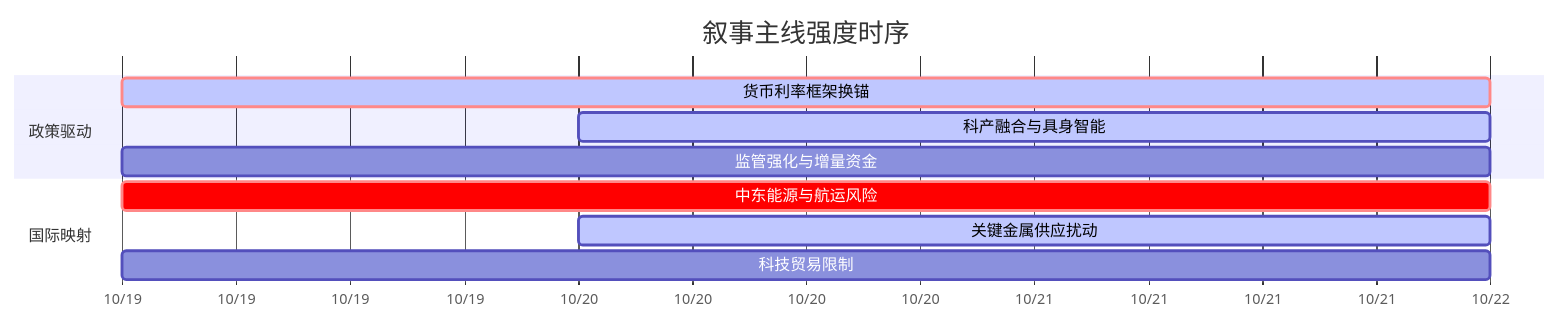
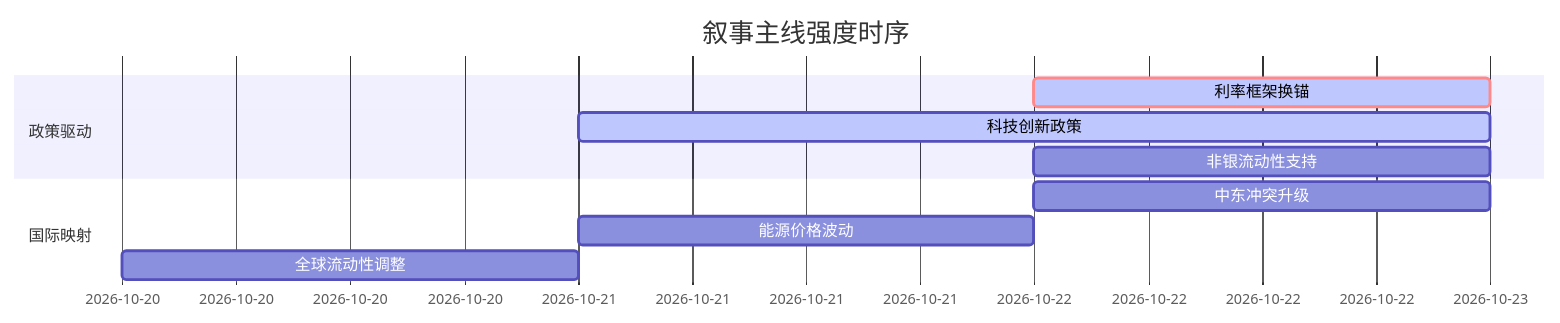
One commit to uu5zn/uu5zn.github.io changed the diagram in 5day_report.md. Above: the diagram before and after it, drawn with Mermaid. The commit also changed other lines of this file and 23 other files, not shown here.

````diff
--- a/5day_report.md
+++ b/5day_report.md
@@ -55,14 +56,14 @@
 ```mermaid
 gantt
     title 叙事主线强度时序
     dateFormat  YYYY-MM-DD
-    axisFormat  %m/%d
     section 政策驱动
-    货币利率框架换锚       :crit, active, 2026-10-19, 3d
-    科产融合与具身智能     :active, 2026-10-20, 2d
-    监管强化与增量资金     :2026-10-19, 3d
+    利率框架换锚  :crit, active, 2026-10-22, 1d
+    科技创新政策   :active, 2026-10-21, 2d
+    非银流动性支持 :2026-10-22, 1d
+    
     section 国际映射
-    中东能源与航运风险     :crit, 2026-10-19, 3d
-    关键金属供应扰动       :active, 2026-10-20, 2d
-    科技贸易限制           :2026-10-19, 3d
+    中东冲突升级   :2026-10-22, 1d
+    能源价格波动   :2026-10-21, 1d
+    全球流动性调整 :2026-10-20, 1d
 ```
````
